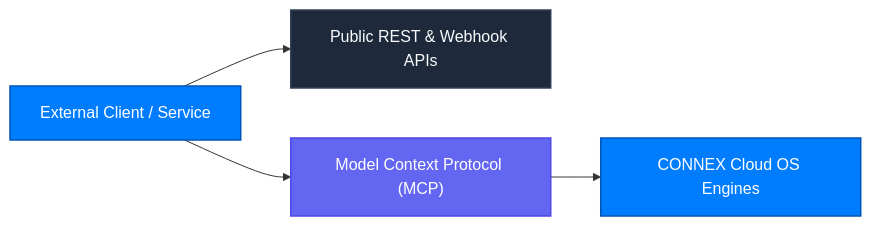
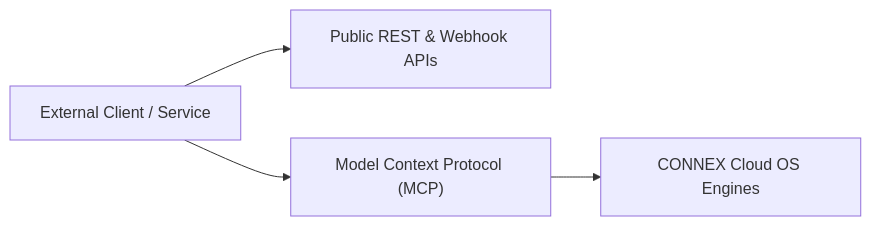
Before and after one commit to Connex-Brothers-Consulting-Group/cbcg-hs-connex-docs: the diagram in developers/overview.mdx, drawn with Mermaid. The commit also changed 24 other files, not shown here.

Commit message:
fix(docs): restore Lucide card icons, enforce transparent Mermaid line-art, add Cryptographic Kill Switch, and refine quiet luxury banner

````diff
--- a/developers/overview.mdx
+++ b/developers/overview.mdx
@@ -9,10 +9,6 @@
 ```mermaid
 graph LR
-    classDef primary fill:#007CFF,stroke:#0056B3,stroke-width:1.5px,color:#FFFFFF;
-    classDef enterprise fill:#1E293B,stroke:#334155,stroke-width:1.5px,color:#F8FAFC;
-    classDef ai fill:#6366F1,stroke:#4F46E5,stroke-width:1.5px,color:#FFFFFF;
-
-    Client["External Client / Service"]:::primary --> API["Public REST & Webhook APIs"]:::enterprise
-    Client --> MCP["Model Context Protocol (MCP)"]:::ai
-    MCP --> OS["CONNEX Cloud OS Engines"]:::primary
+Client["External Client / Service"] --> API["Public REST & Webhook APIs"]
+    Client --> MCP["Model Context Protocol (MCP)"]
+    MCP --> OS["CONNEX Cloud OS Engines"]
 ```
````
